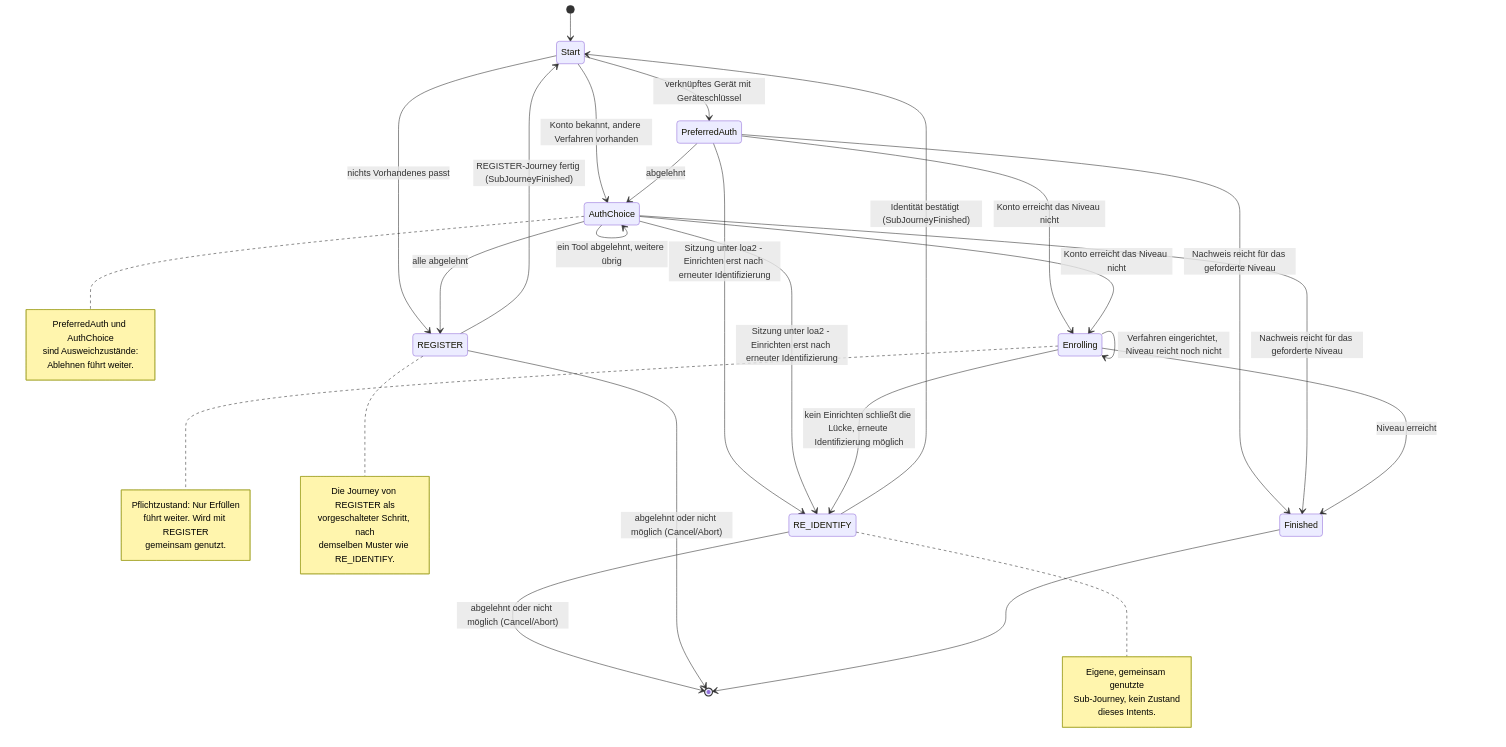
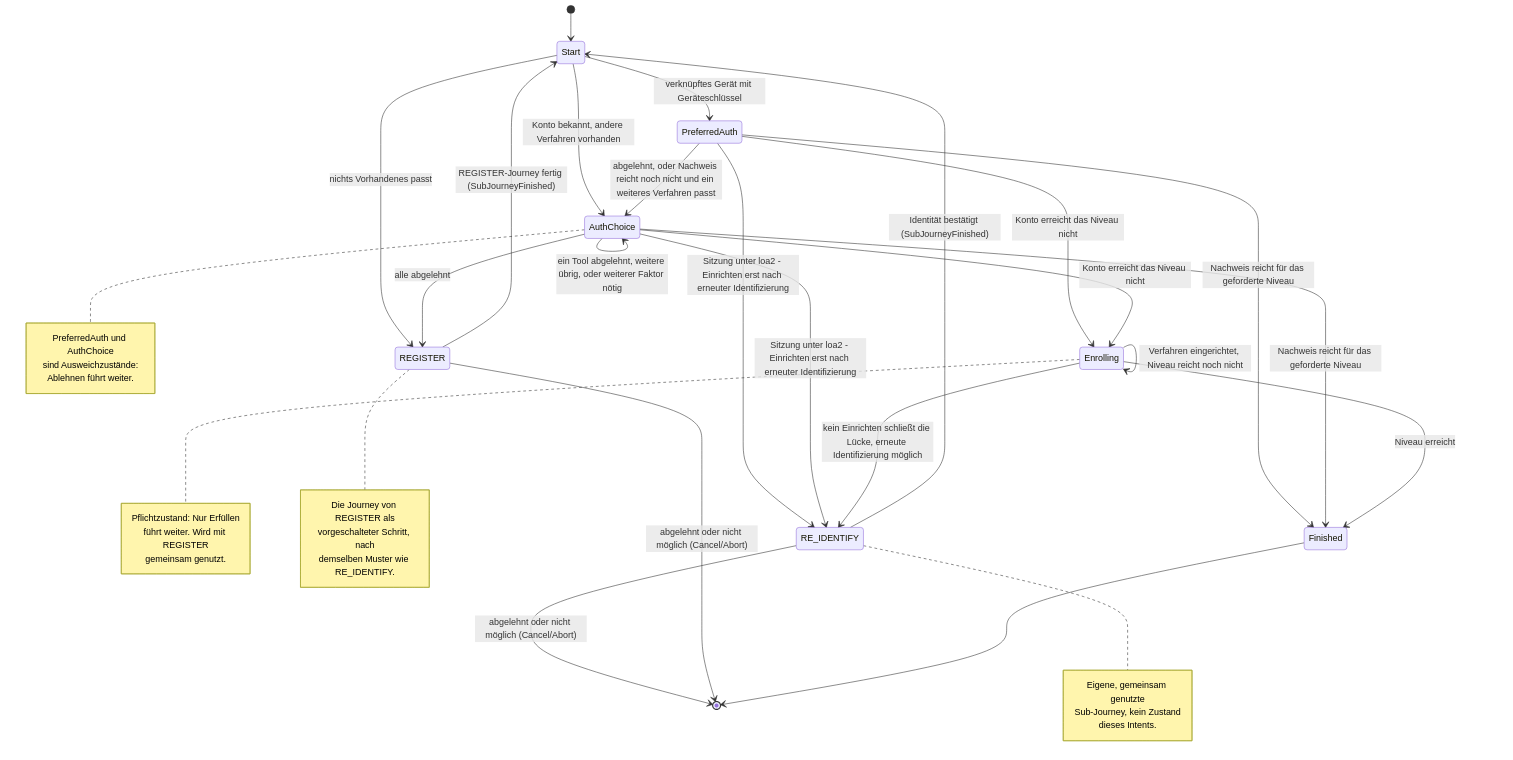
Before and after one commit to rpreissel/identity-demo: the diagram in docs/journeys/fast-access.md, drawn with Mermaid. The commit also changed 62 other files, not shown here.

````diff
--- a/docs/journeys/fast-access.md
+++ b/docs/journeys/fast-access.md
@@ -9,51 +9,51 @@
 ```mermaid
 stateDiagram-v2
   [*] --> Start
   Start --> PreferredAuth: verknüpftes Gerät mit Geräteschlüssel
   Start --> AuthChoice: Konto bekannt, andere Verfahren vorhanden
   Start --> REGISTER: nichts Vorhandenes passt
 
-  PreferredAuth --> AuthChoice: abgelehnt
-  AuthChoice --> AuthChoice: ein Tool abgelehnt, weitere übrig
+  PreferredAuth --> AuthChoice: abgelehnt, oder Nachweis reicht noch nicht und ein weiteres Verfahren passt
+  AuthChoice --> AuthChoice: ein Tool abgelehnt, weitere übrig, oder weiterer Faktor nötig
   AuthChoice --> REGISTER: alle abgelehnt
 
   PreferredAuth --> Finished: Nachweis reicht für das geforderte Niveau
   AuthChoice --> Finished: Nachweis reicht für das geforderte Niveau
   PreferredAuth --> Enrolling: Konto erreicht das Niveau nicht
   AuthChoice --> Enrolling: Konto erreicht das Niveau nicht
   PreferredAuth --> RE_IDENTIFY: Sitzung unter loa2 - Einrichten erst nach erneuter Identifizierung
   AuthChoice --> RE_IDENTIFY: Sitzung unter loa2 - Einrichten erst nach erneuter Identifizierung
 
   Enrolling --> Enrolling: Verfahren eingerichtet, Niveau reicht noch nicht
   Enrolling --> Finished: Niveau erreicht
 
   Enrolling --> RE_IDENTIFY: kein Einrichten schließt die Lücke, erneute Identifizierung möglich
   RE_IDENTIFY --> Start: Identität bestätigt (SubJourneyFinished)
   RE_IDENTIFY --> [*]: abgelehnt oder nicht möglich (Cancel/Abort)
 
   REGISTER --> Start: REGISTER-Journey fertig (SubJourneyFinished)
   REGISTER --> [*]: abgelehnt oder nicht möglich (Cancel/Abort)
 
   Finished --> [*]
 
   note right of AuthChoice
     PreferredAuth und AuthChoice
     sind Ausweichzustände:
     Ablehnen führt weiter.
   end note
   note right of Enrolling
     Pflichtzustand: Nur Erfüllen
     führt weiter. Wird mit REGISTER
     gemeinsam genutzt.
   end note
   note right of RE_IDENTIFY
     Eigene, gemeinsam genutzte
     Sub-Journey, kein Zustand
     dieses Intents.
   end note
   note right of REGISTER
     Die Journey von REGISTER als
     vorgeschalteter Schritt, nach
     demselben Muster wie RE_IDENTIFY.
   end note
 ```
````
